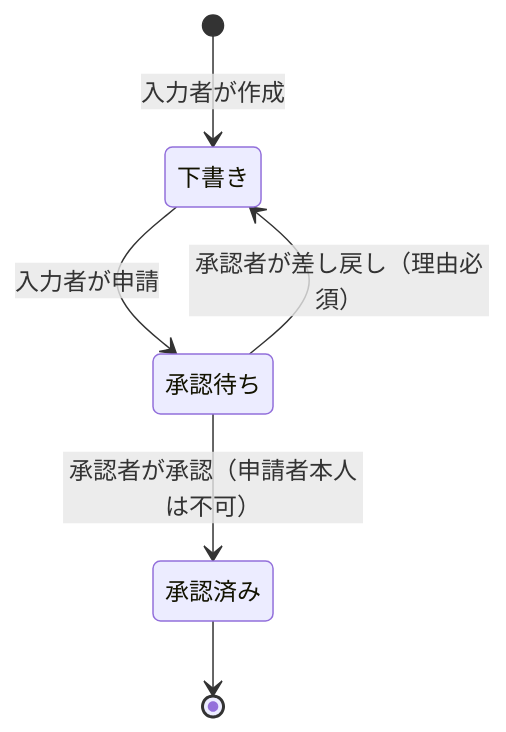
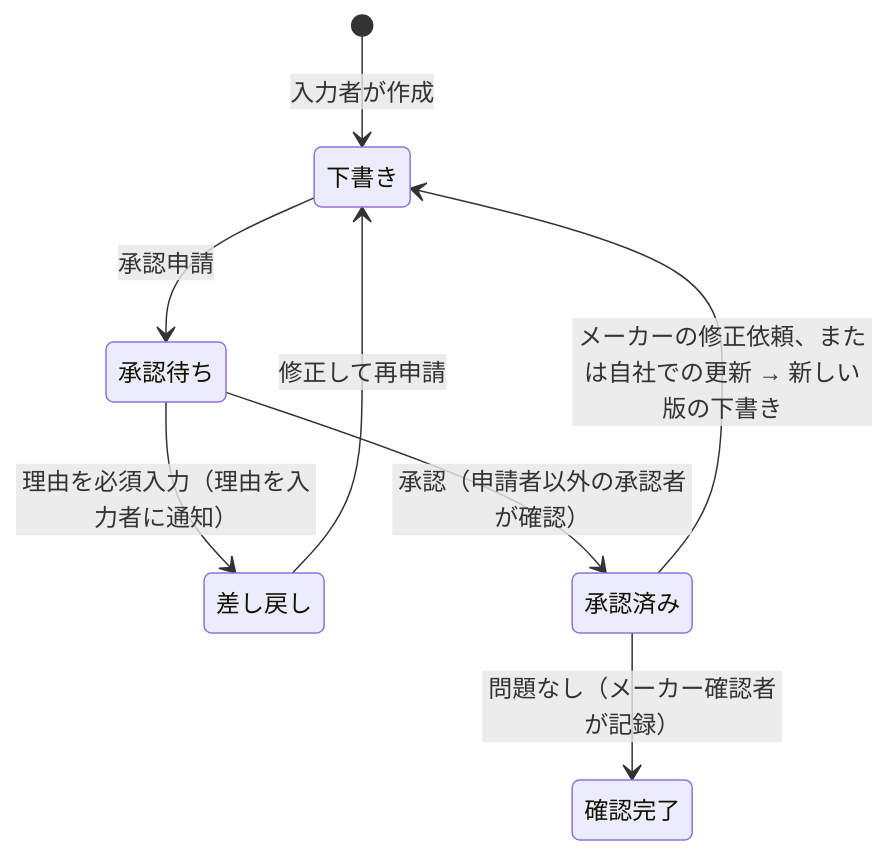
Before and after one commit to Hayato-F110/ecu-sec-3tier: the diagram in docs/spec.md, drawn with Mermaid. The commit also changed other lines of this file and 2 other files, not shown here.

Commit message:
SC3-2 計画書の docx から作者名を消して Git の対象にする、仕様の承認フローの図を計画書に合わせる
- 本文の作者名を「@オーナー」に、ファイルの情報の書き出し元の ID を空にした（図の画像に名前がないことも確かめた）
- spec.md：版の状態に「差し戻し」を足し、確認完了は承認済みの版に付ける確認状況だと書いた

````diff
--- a/docs/spec.md
+++ b/docs/spec.md
@@ -63,8 +63,10 @@
 ```mermaid
 stateDiagram-v2
   [*] --> 下書き: 入力者が作成
-  下書き --> 承認待ち: 入力者が申請
-  承認待ち --> 下書き: 承認者が差し戻し（理由必須）
-  承認待ち --> 承認済み: 承認者が承認（申請者本人は不可）
-  承認済み --> [*]
+  下書き --> 承認待ち: 承認申請
+  承認待ち --> 差し戻し: 理由を必須入力（理由を入力者に通知）
+  差し戻し --> 下書き: 修正して再申請
+  承認待ち --> 承認済み: 承認（申請者以外の承認者が確認）
+  承認済み --> 確認完了: 問題なし（メーカー確認者が記録）
+  承認済み --> 下書き: メーカーの修正依頼、または自社での更新 → 新しい版の下書き
 ```
````
